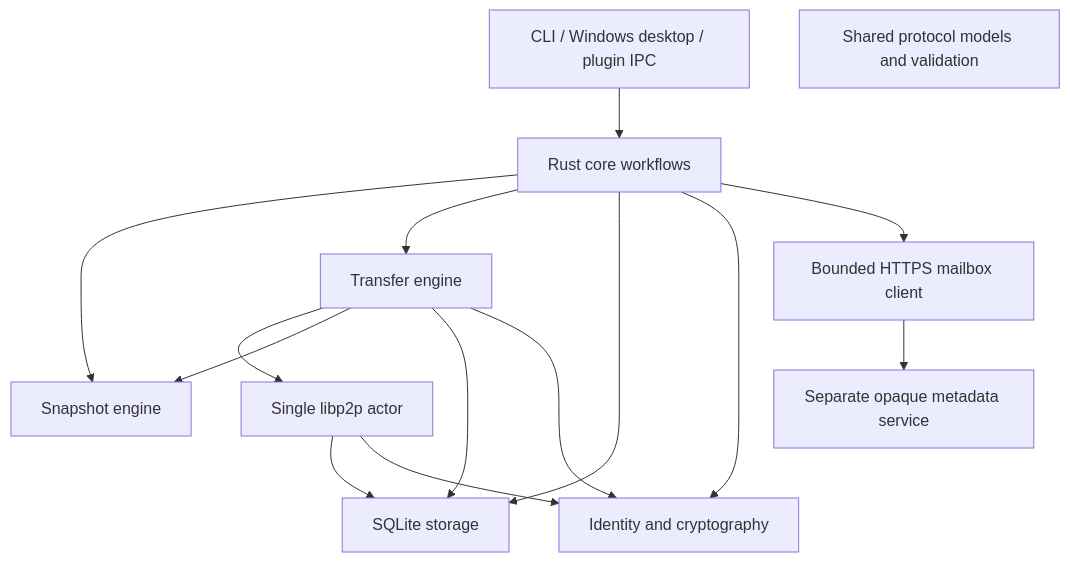
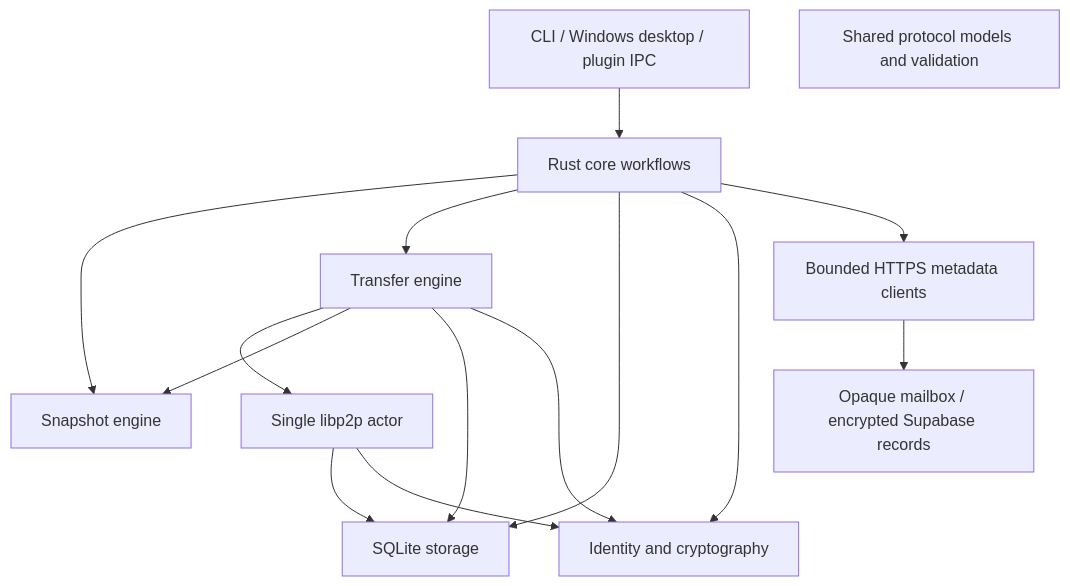
Before and after one commit to ege-ozel/track-mesh: the diagram in docs/ARCHITECTURE.md, drawn with Mermaid. The commit also changed other lines of this file and 21 other files, not shown here.

````diff
--- a/docs/ARCHITECTURE.md
+++ b/docs/ARCHITECTURE.md
@@ -5,17 +7,17 @@
 ```mermaid
 flowchart TD
     CLI[CLI / Windows desktop / plugin IPC] --> Core[Rust core workflows]
     Core --> Snapshot[Snapshot engine]
     Core --> Transfer[Transfer engine]
     Core --> Storage[SQLite storage]
     Core --> Crypto[Identity and cryptography]
-    Core --> Mailbox[Bounded HTTPS mailbox client]
-    Mailbox --> Metadata[Separate opaque metadata service]
+    Core --> Mailbox[Bounded HTTPS metadata clients]
+    Mailbox --> Metadata[Opaque mailbox / encrypted Supabase records]
     Transfer --> Network[Single libp2p actor]
     Transfer --> Snapshot
     Transfer --> Storage
     Transfer --> Crypto
     Network --> Storage
     Network --> Crypto
     Protocol[Shared protocol models and validation]
 ```
````
